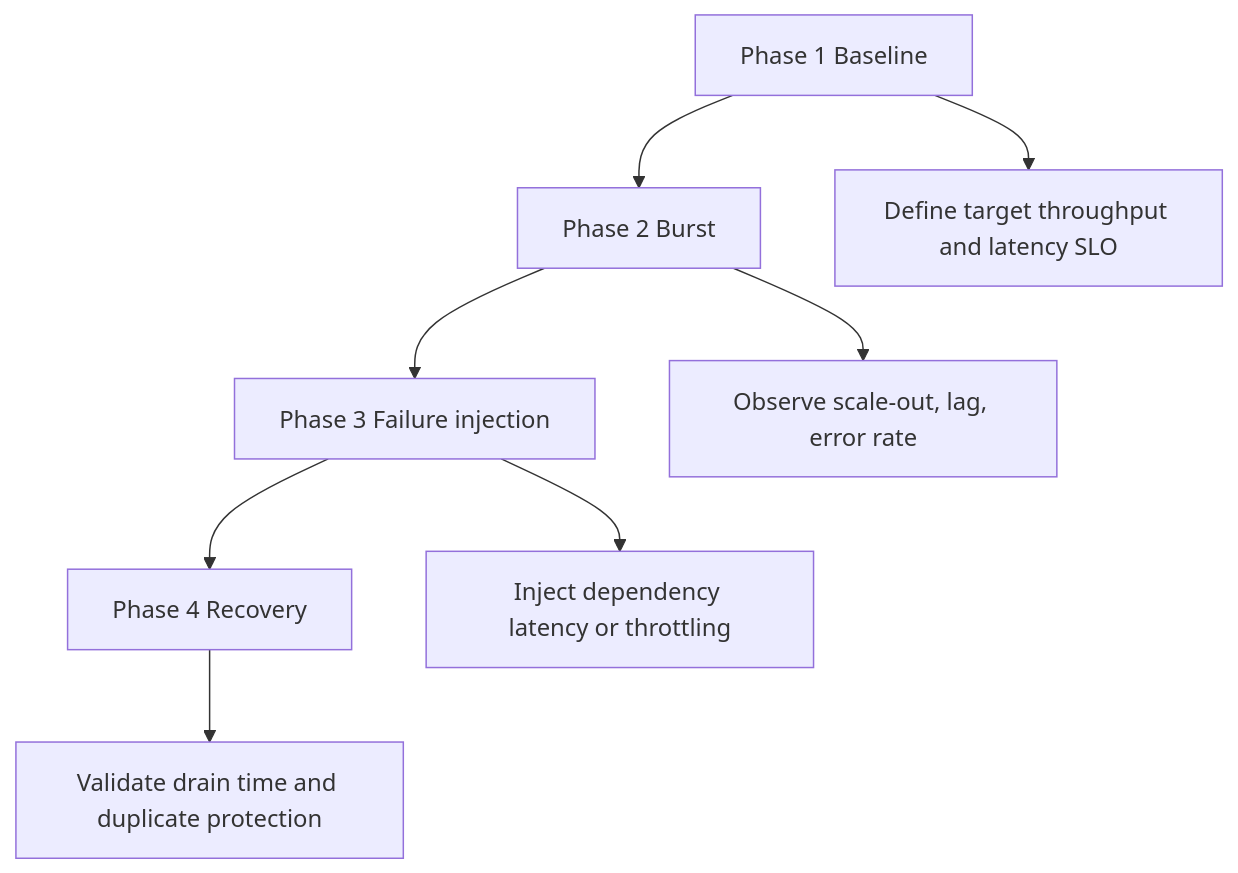
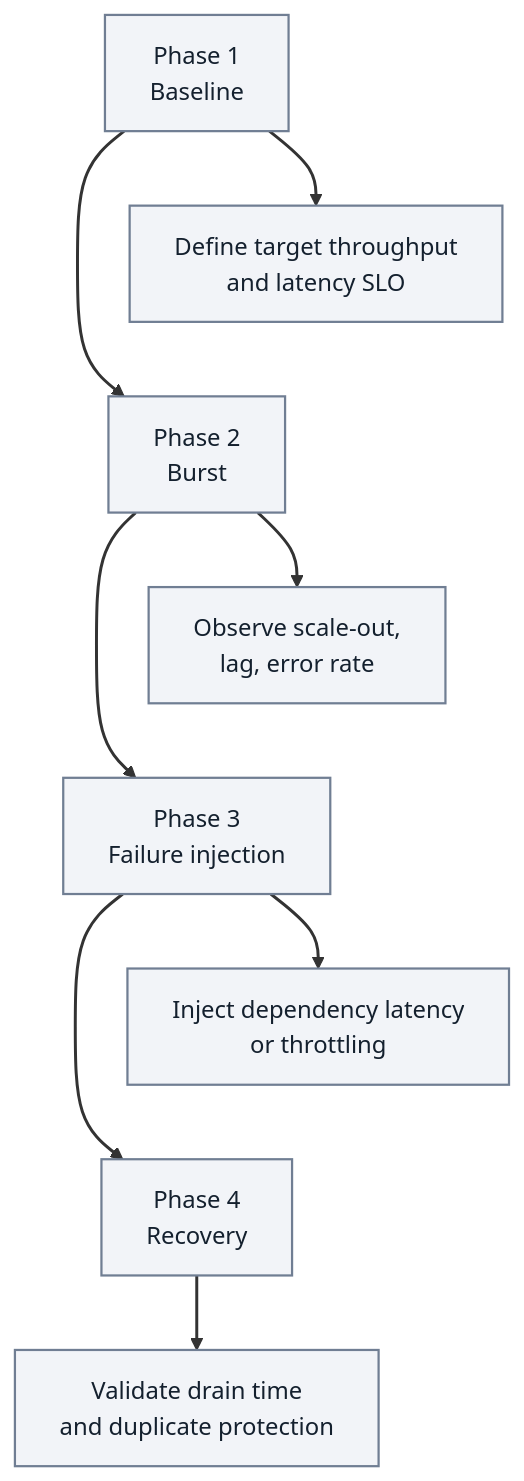
The second of 2 diagrams in docs/best-practices/scaling.md (yeongseon/azure-functions-practical-guide), drawn with Mermaid before and after one commit. The commit also changed other lines of this file and 3 other files, not shown here.

First line of the commit message:
docs(diagrams): migrate Functions scaling and cold start — scaling and cold start and related pages (#428)

````diff
--- a/docs/best-practices/scaling.md
+++ b/docs/best-practices/scaling.md
@@ -247,10 +270,19 @@
 ```mermaid
 flowchart TD
-    A[Phase 1 Baseline] --> B[Phase 2 Burst]
-    B --> C[Phase 3 Failure injection]
-    C --> D[Phase 4 Recovery]
-    A --> A1[Define target throughput and latency SLO]
-    B --> B1[Observe scale-out, lag, error rate]
-    C --> C1[Inject dependency latency or throttling]
-    D --> D1[Validate drain time and duplicate protection]
+    accTitle: Four phases of a scale test
+    accDescr: Illustrative test plan, not an executed experiment. Baseline, burst, failure injection and recovery remain in that order. Their checks are throughput and latency SLOs; scale-out, lag and errors; dependency latency or throttling; and drain time and duplicate protection.
+    A["Phase 1<br/>Baseline"] --> B["Phase 2<br/>Burst"]
+    B --> C["Phase 3<br/>Failure injection"]
+    C --> D["Phase 4<br/>Recovery"]
+    A --> A1["Define target throughput<br/>and latency SLO"]
+    B --> B1["Observe scale-out,<br/>lag, error rate"]
+    C --> C1["Inject dependency latency<br/>or throttling"]
+    D --> D1["Validate drain time<br/>and duplicate protection"]
+    %% Layout-only links tier phase checks; they add no test steps or semantic arrows.
+    A1 ~~~ B
+    B1 ~~~ C
+    C1 ~~~ D
+    classDef baseNeutral fill:#f2f4f8,stroke:#707e93,stroke-width:1.5px,color:#14202e;
+    class A,B,C,D,A1,B1,C1,D1 baseNeutral;
+    linkStyle default stroke-width:2px;
 ```
````
